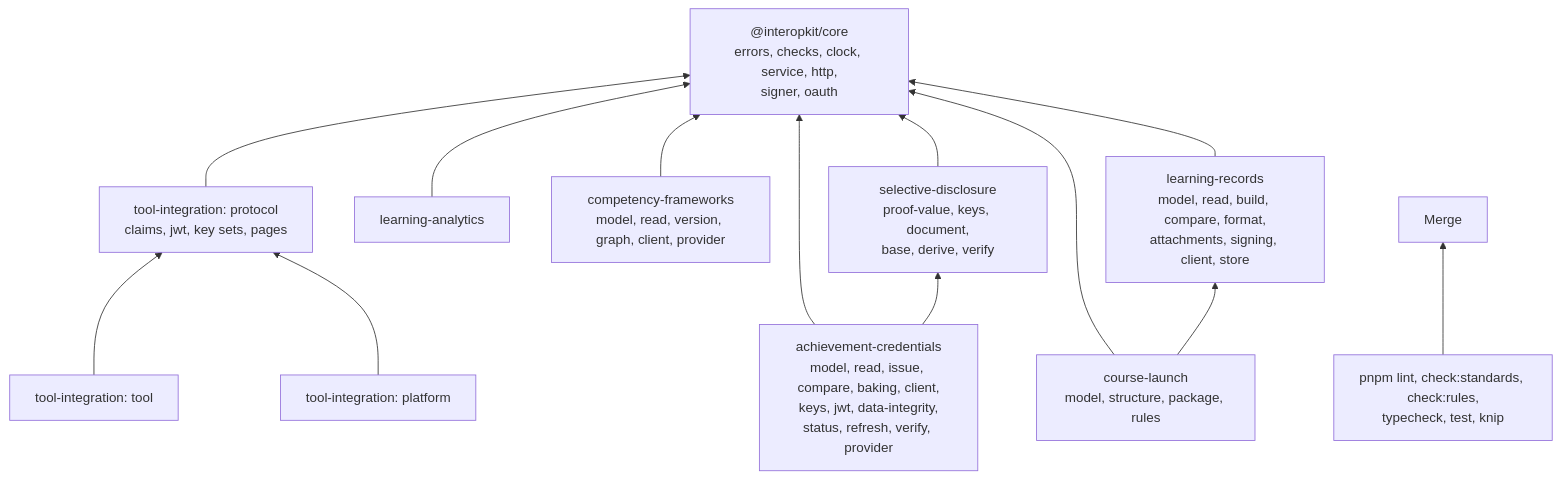
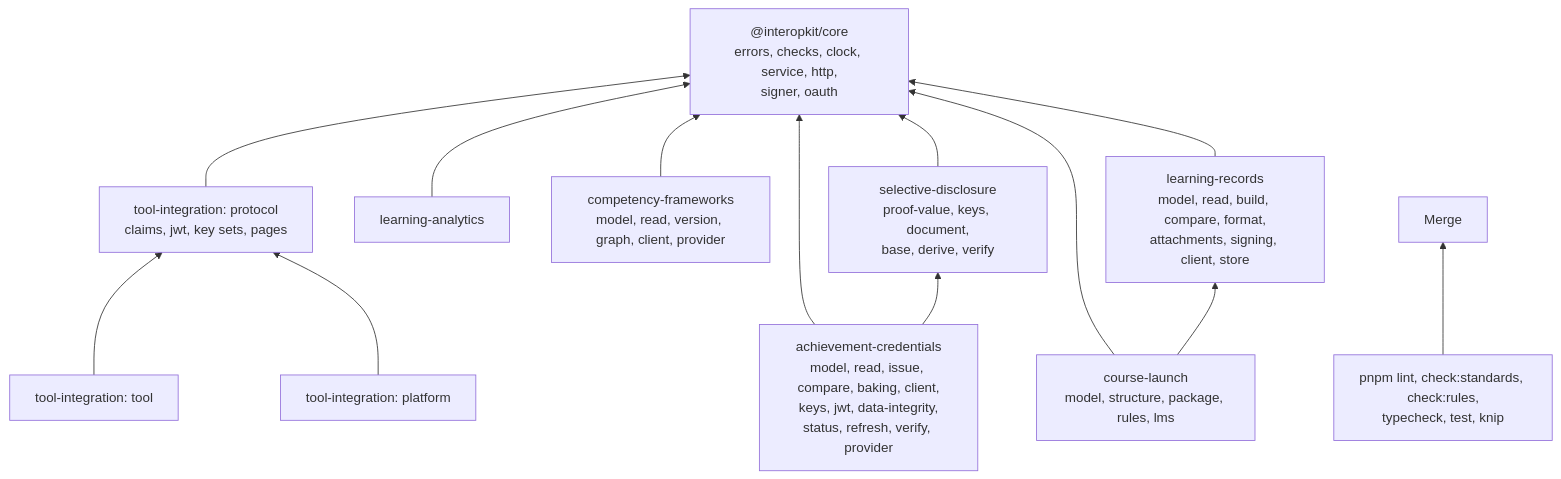
One commit to interopkit/interopkit changed the diagram in AGENTS.md. Above: the diagram before and after it, drawn with Mermaid. The commit also changed other lines of this file and 56 other files, not shown here.

Commit message:
Add the LMS role of cmi5: registrations, launches with a fetch URL of one use, and the rules and satisfaction of cmi5 on the host's LRS

````diff
--- a/AGENTS.md
+++ b/AGENTS.md
@@ -17,25 +18,25 @@
 ```mermaid
 flowchart BT
   core["@interopkit/core<br/>errors, checks, clock, service, http,<br/>signer, oauth"]
   proto["tool-integration: protocol<br/>claims, jwt, key sets, pages"]
   tool["tool-integration: tool"]
   plat["tool-integration: platform"]
   la["learning-analytics"]
   cf["competency-frameworks<br/>model, read, version, graph, client, provider"]
   lr["learning-records<br/>model, read, build, compare, format,<br/>attachments, signing, client, store"]
   sd["selective-disclosure<br/>proof-value, keys, document,<br/>base, derive, verify"]
   ac["achievement-credentials<br/>model, read, issue, compare, baking, client,<br/>keys, jwt, data-integrity,<br/>status, refresh, verify, provider"]
-  cl["course-launch<br/>model, structure, package, rules"]
+  cl["course-launch<br/>model, structure, package, rules, lms"]
   proto --> core
   tool --> proto
   plat --> proto
   la --> core
   cf --> core
   lr --> core
   sd --> core
   ac --> core
   ac --> sd
   cl --> core
   cl --> lr
   gates["pnpm lint, check:standards, check:rules,<br/>typecheck, test, knip"] --> merge["Merge"]
 ```
````
